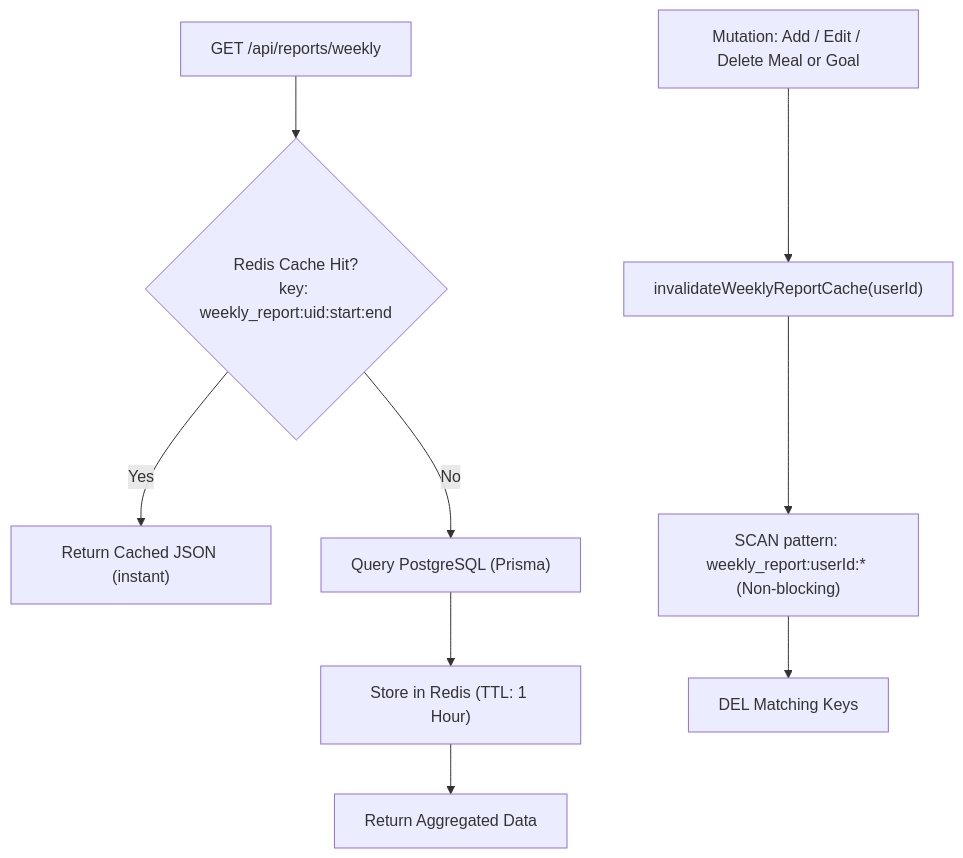
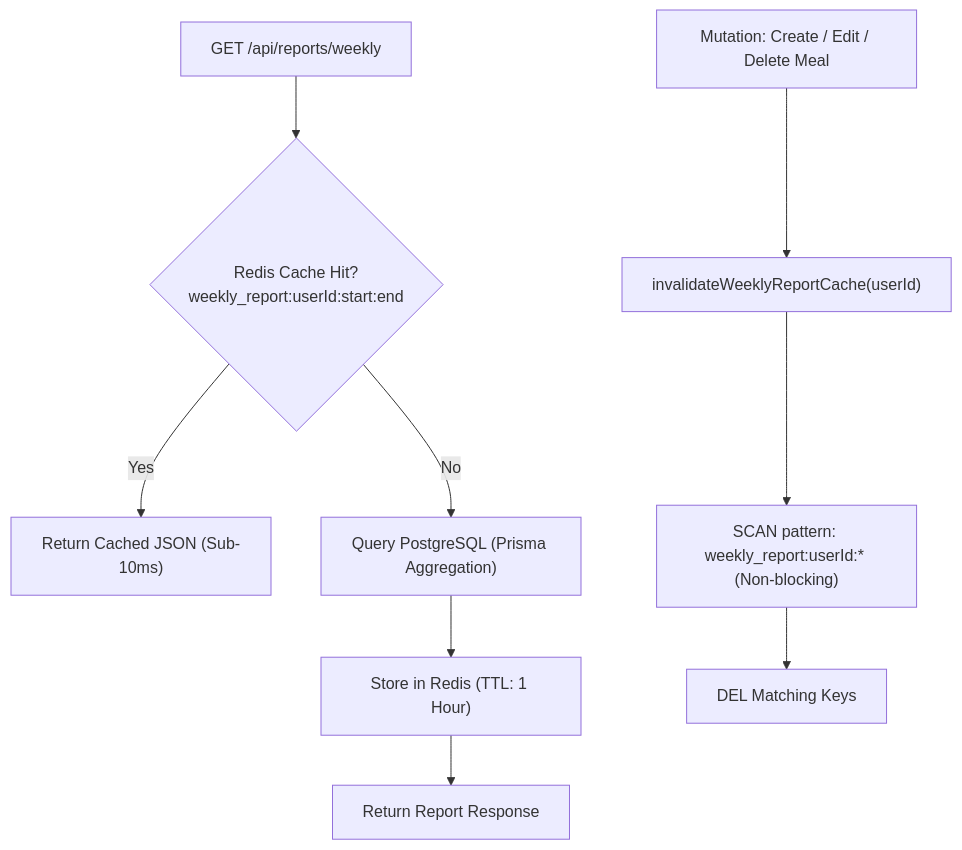
One commit to sauraviiitk/-calorie-tracker- changed the fourth of 5 diagrams in README.md. Above: the diagram before and after it, drawn with Mermaid. The commit also changed other lines of this file, not shown here.

````diff
--- a/README.md
+++ b/README.md
@@ -299,12 +264,12 @@
 ```mermaid
 flowchart TD
-    Req["GET /api/reports/weekly"] --> CheckCache{"Redis Cache Hit?<br/>key: weekly_report:uid:start:end"}
-    CheckCache -- Yes --> ReturnCache["Return Cached JSON (instant)"]
-    CheckCache -- No --> QueryDB["Query PostgreSQL (Prisma)"]
+    Req["GET /api/reports/weekly"] --> CheckCache{"Redis Cache Hit?<br/>weekly_report:userId:start:end"}
+    CheckCache -- Yes --> ReturnCache["Return Cached JSON (Sub-10ms)"]
+    CheckCache -- No --> QueryDB["Query PostgreSQL (Prisma Aggregation)"]
     QueryDB --> StoreCache["Store in Redis (TTL: 1 Hour)"]
-    StoreCache --> ReturnDB["Return Aggregated Data"]
+    StoreCache --> ReturnDB["Return Report Response"]
 
-    Mutation["Mutation: Add / Edit / Delete Meal or Goal"] --> Invalidate["invalidateWeeklyReportCache(userId)"]
+    Mutation["Mutation: Create / Edit / Delete Meal"] --> Invalidate["invalidateWeeklyReportCache(userId)"]
     Invalidate --> Scan["SCAN pattern: weekly_report:userId:* (Non-blocking)"]
     Scan --> DeleteKeys["DEL Matching Keys"]
 ```
````
